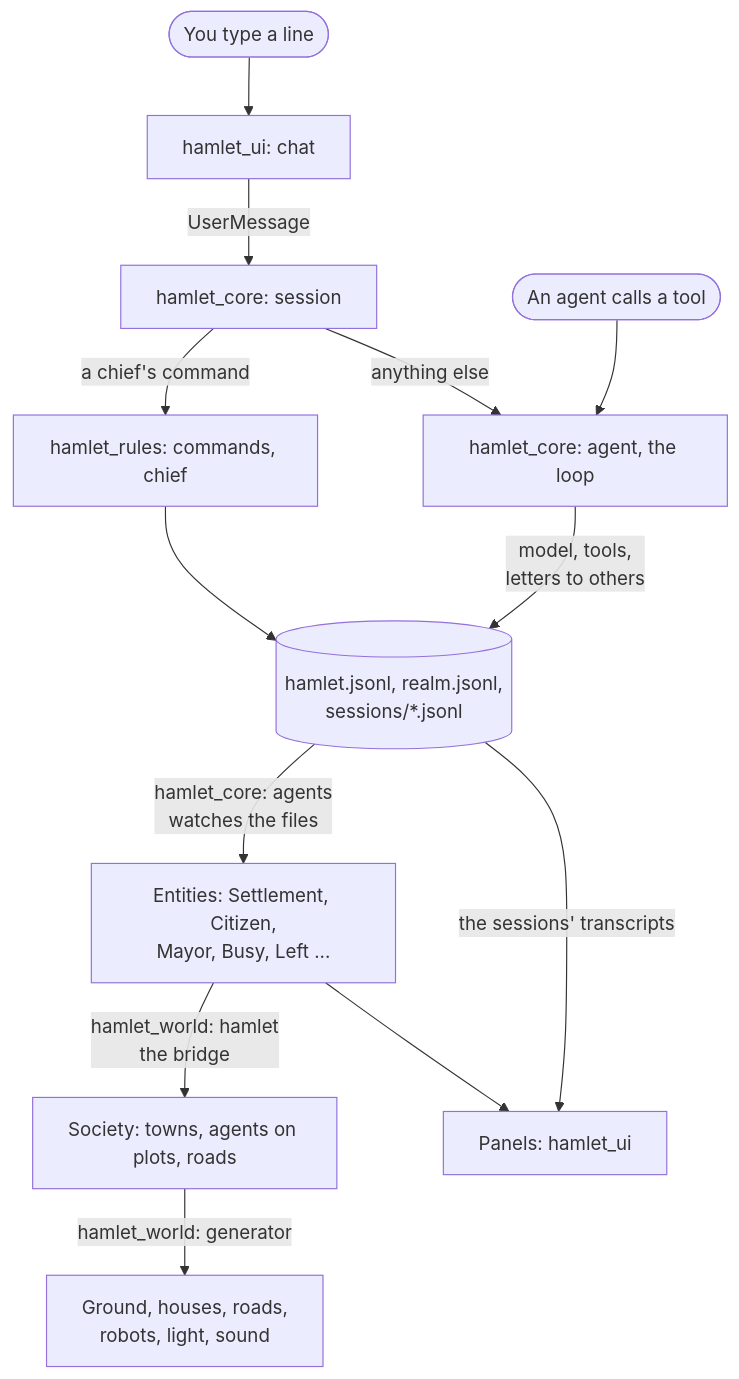
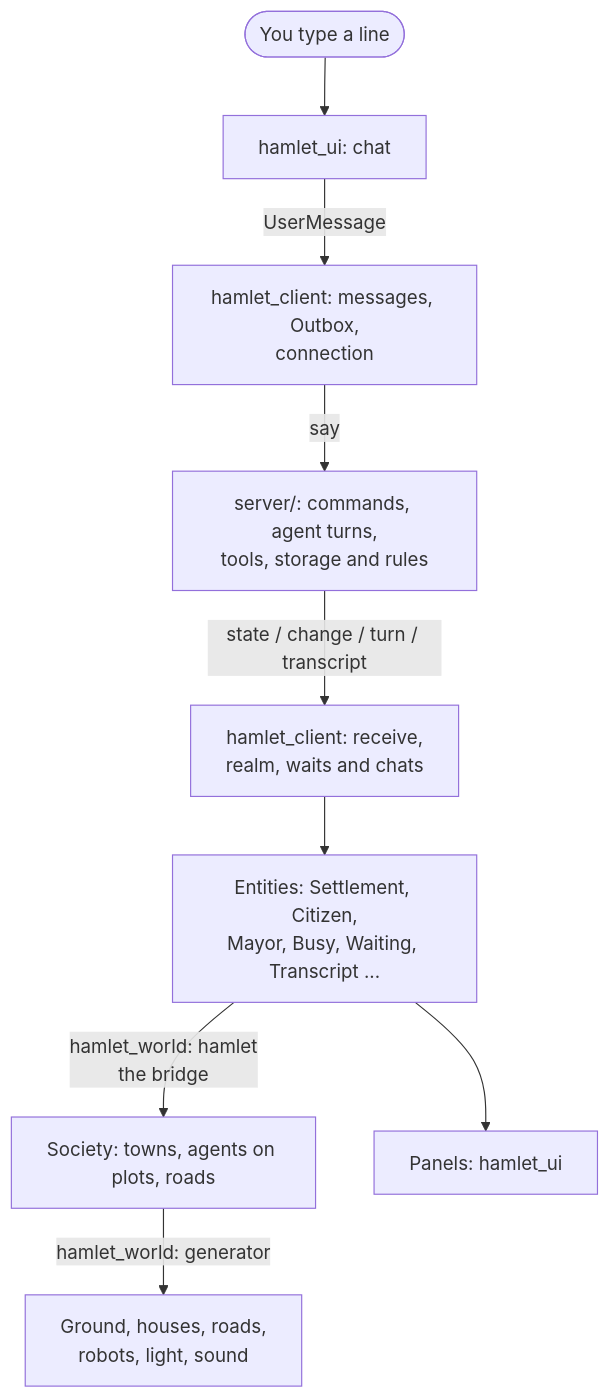
Before and after one commit to voxell-tech/hamlet: the diagram in docs/tour.md, drawn with Mermaid. The commit also changed other lines of this file and 191 other files, not shown here.

````diff
--- a/docs/tour.md
+++ b/docs/tour.md
@@ -17,27 +19,21 @@
 ```mermaid
 flowchart TD
     typed([You type a line])
     chat["hamlet_ui: chat"]
-    session["hamlet_core: session"]
-    rules["hamlet_rules: commands, chief"]
-    agent["hamlet_core: agent, the loop"]
-    tool([An agent calls a tool])
-    records[("hamlet.jsonl, realm.jsonl,<br/>sessions/*.jsonl")]
-    entities["Entities: Settlement, Citizen,<br/>Mayor, Busy, Left ..."]
+    outgoing["hamlet_client: messages, Outbox,<br/>connection"]
+    server["server/: commands, agent turns,<br/>tools, storage and rules"]
+    incoming["hamlet_client: receive,<br/>realm, waits and chats"]
+    entities["Entities: Settlement, Citizen,<br/>Mayor, Busy, Waiting, Transcript ..."]
     society["Society: towns, agents on plots, roads"]
     drawn["Ground, houses, roads,<br/>robots, light, sound"]
     panels["Panels: hamlet_ui"]
 
     typed --> chat
-    chat -- UserMessage --> session
-    session -- "a chief's command" --> rules
-    session -- "anything else" --> agent
-    tool --> agent
-    rules --> records
-    agent -- "model, tools,<br/>letters to others" --> records
-    records -- "hamlet_core: agents<br/>watches the files" --> entities
+    chat -- UserMessage --> outgoing
+    outgoing -- "say" --> server
+    server -- "state / change / turn / transcript" --> incoming
+    incoming --> entities
     entities -- "hamlet_world: hamlet<br/>the bridge" --> society
     society -- "hamlet_world: generator" --> drawn
     entities --> panels
-    records -- "the sessions' transcripts" --> panels
 ```
````
